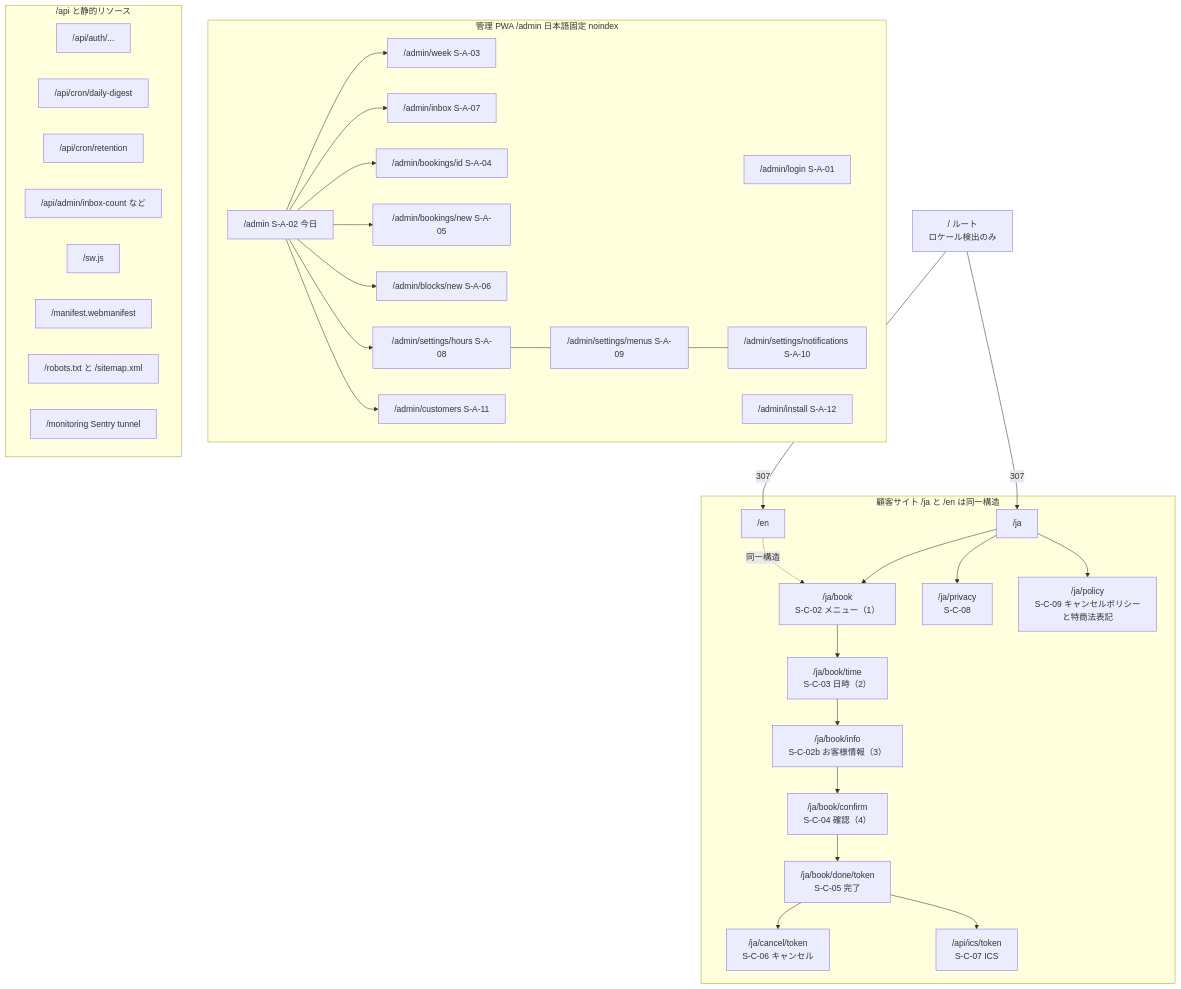
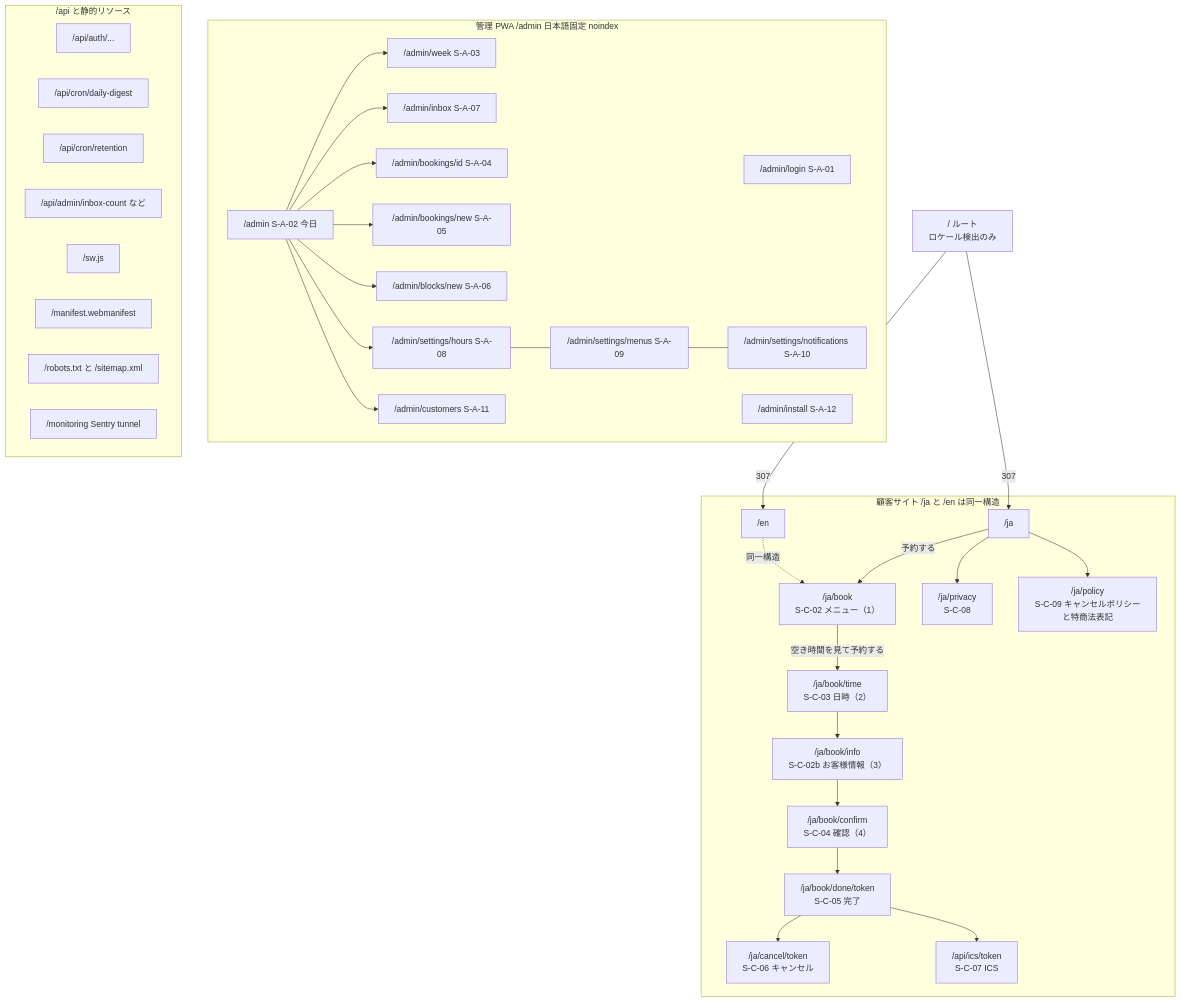
The first of 2 diagrams in docs/03_design/01_sitemap.md (kaz-ma/barber-booking), drawn with Mermaid before and after one commit. The commit also changed other lines of this file and 27 other files, not shown here.

````diff
--- a/docs/03_design/01_sitemap.md
+++ b/docs/03_design/01_sitemap.md
@@ -18,53 +18,53 @@
 ```mermaid
 flowchart TD
   ROOT["/ ルート<br/>ロケール検出のみ"] -->|"307"| JA["/ja"]
   ROOT -->|"307"| EN["/en"]
 
   subgraph PUB["顧客サイト /ja と /en は同一構造"]
-    JA --> BOOK["/ja/book<br/>S-C-02 メニュー（1）"]
-    BOOK --> TIME["/ja/book/time<br/>S-C-03 日時（2）"]
+    JA -->|"予約する"| BOOK["/ja/book<br/>S-C-02 メニュー（1）"]
+    BOOK -->|"空き時間を見て予約する"| TIME["/ja/book/time<br/>S-C-03 日時（2）"]
     TIME --> INFO["/ja/book/info<br/>S-C-02b お客様情報（3）"]
     INFO --> CONF["/ja/book/confirm<br/>S-C-04 確認（4）"]
     CONF --> DONE["/ja/book/done/token<br/>S-C-05 完了"]
     DONE --> CANCEL["/ja/cancel/token<br/>S-C-06 キャンセル"]
     DONE --> ICS["/api/ics/token<br/>S-C-07 ICS"]
     JA --> PRIV["/ja/privacy<br/>S-C-08"]
     JA --> POL["/ja/policy<br/>S-C-09 キャンセルポリシーと特商法表記"]
     EN -.->|"同一構造"| BOOK
   end
 
   subgraph ADM["管理 PWA /admin 日本語固定 noindex"]
     LOGIN["/admin/login S-A-01"]
     INSTALL["/admin/install S-A-12"]
     TODAY["/admin S-A-02 今日"]
     WEEK["/admin/week S-A-03"]
     INBOX["/admin/inbox S-A-07"]
     DET["/admin/bookings/id S-A-04"]
     NEWB["/admin/bookings/new S-A-05"]
     BLK["/admin/blocks/new S-A-06"]
     SH["/admin/settings/hours S-A-08"]
     SM["/admin/settings/menus S-A-09"]
     SN["/admin/settings/notifications S-A-10"]
     CU["/admin/customers S-A-11"]
     TODAY --> WEEK
     TODAY --> INBOX
     TODAY --> DET
     TODAY --> NEWB
     TODAY --> BLK
     TODAY --> SH
     SH --- SM
     SM --- SN
     TODAY --> CU
   end
 
   subgraph API["/api と静的リソース"]
     A1["/api/auth/..."]
     A2["/api/cron/daily-digest"]
     A3["/api/cron/retention"]
     A4["/api/admin/inbox-count など"]
     S1["/sw.js"]
     S2["/manifest.webmanifest"]
     S3["/robots.txt と /sitemap.xml"]
     S4["/monitoring Sentry tunnel"]
   end
 ```
````
